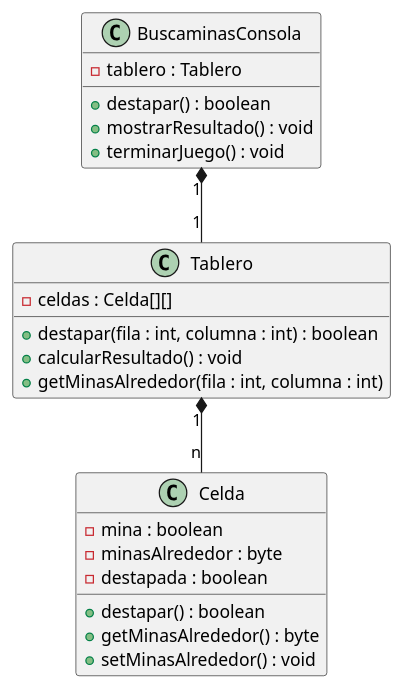
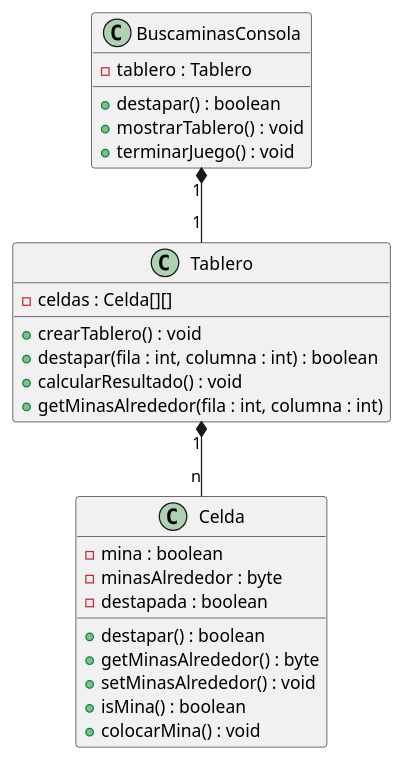
Before and after one commit to elprofesoremilio/DAM1_2425_Java: the diagram in src/EjerciciosClase/Buscaminas/Buscaminas.puml, drawn with PlantUML. The commit also changed 1 other file, not shown here.

```diff
--- a/src/EjerciciosClase/Buscaminas/Buscaminas.puml
+++ b/src/EjerciciosClase/Buscaminas/Buscaminas.puml
@@ -1,31 +1,34 @@
 @startuml
 class BuscaminasConsola {
     -tablero : Tablero
 
     +destapar() : boolean
-    +mostrarResultado() : void
+    +mostrarTablero() : void
     +terminarJuego() : void
 }
 
 class Tablero {
     -celdas : Celda[][]
 
+    +crearTablero() : void
     +destapar(fila : int, columna : int) : boolean
     +calcularResultado() : void
     +getMinasAlrededor(fila : int, columna : int)
 }
 
 class Celda {
     -mina : boolean
     -minasAlrededor : byte
     -destapada : boolean
 
     +destapar() : boolean
     +getMinasAlrededor() : byte
     +setMinasAlrededor() : void
+    +isMina() : boolean
+    +colocarMina() : void
 }
 
 Tablero "1" *-- "n" Celda
 BuscaminasConsola "1" *-- "1" Tablero
 
 @enduml
```
